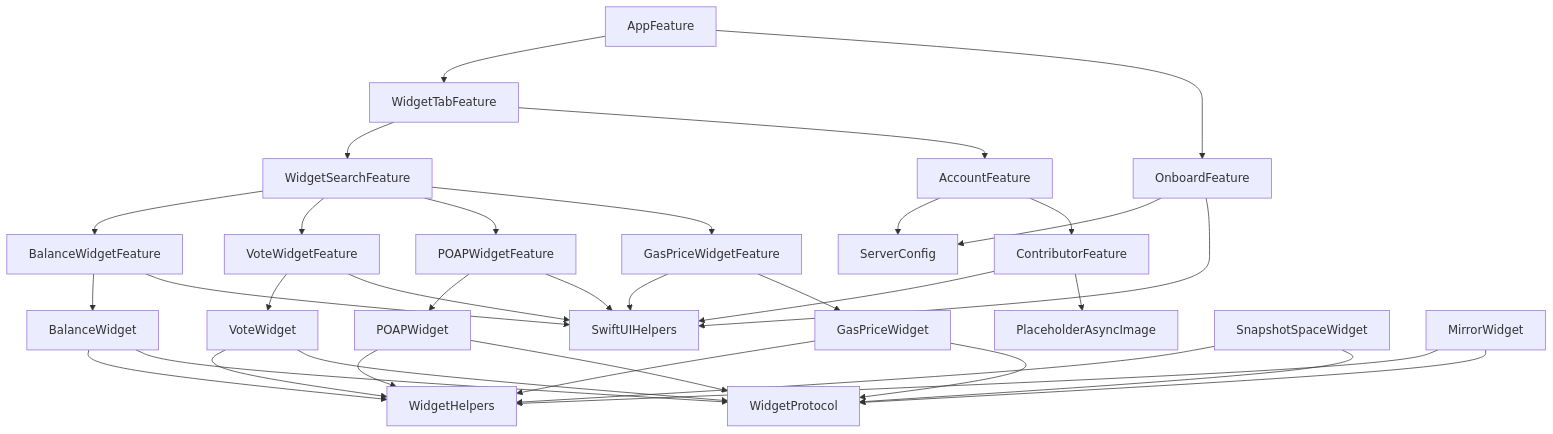
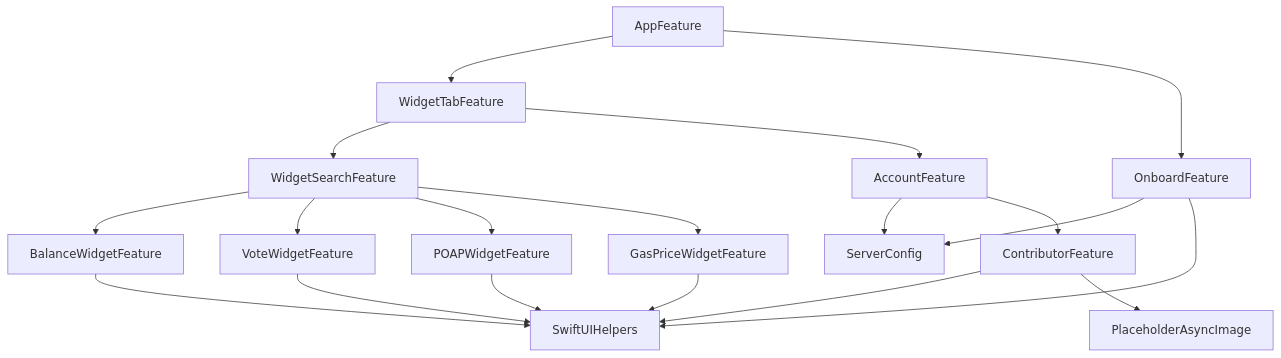
The diagram in Packages/caaaption/README.md (caaaption/caaaption), drawn with Mermaid before and after one commit. The commit also changed 1 other file, not shown here.

Commit message:
Run dgraph (#282)

````diff
--- a/Packages/caaaption/README.md
+++ b/Packages/caaaption/README.md
@@ -3,37 +3,21 @@
 ```mermaid
 graph TD;
     AppFeature-->WidgetTabFeature;
     AppFeature-->OnboardFeature;
     WidgetSearchFeature-->BalanceWidgetFeature;
     WidgetSearchFeature-->VoteWidgetFeature;
     WidgetSearchFeature-->POAPWidgetFeature;
     WidgetSearchFeature-->GasPriceWidgetFeature;
     AccountFeature-->ServerConfig;
     AccountFeature-->ContributorFeature;
     ContributorFeature-->SwiftUIHelpers;
     ContributorFeature-->PlaceholderAsyncImage;
-    BalanceWidgetFeature-->BalanceWidget;
     BalanceWidgetFeature-->SwiftUIHelpers;
-    VoteWidgetFeature-->VoteWidget;
     VoteWidgetFeature-->SwiftUIHelpers;
     OnboardFeature-->ServerConfig;
     OnboardFeature-->SwiftUIHelpers;
-    POAPWidgetFeature-->POAPWidget;
     POAPWidgetFeature-->SwiftUIHelpers;
     GasPriceWidgetFeature-->SwiftUIHelpers;
-    GasPriceWidgetFeature-->GasPriceWidget;
     WidgetTabFeature-->WidgetSearchFeature;
     WidgetTabFeature-->AccountFeature;
-    BalanceWidget-->WidgetHelpers;
-    BalanceWidget-->WidgetProtocol;
-    VoteWidget-->WidgetHelpers;
-    VoteWidget-->WidgetProtocol;
-    GasPriceWidget-->WidgetHelpers;
-    GasPriceWidget-->WidgetProtocol;
-    POAPWidget-->WidgetHelpers;
-    POAPWidget-->WidgetProtocol;
-    SnapshotSpaceWidget-->WidgetHelpers;
-    SnapshotSpaceWidget-->WidgetProtocol;
-    MirrorWidget-->WidgetHelpers;
-    MirrorWidget-->WidgetProtocol;
 ```
````
